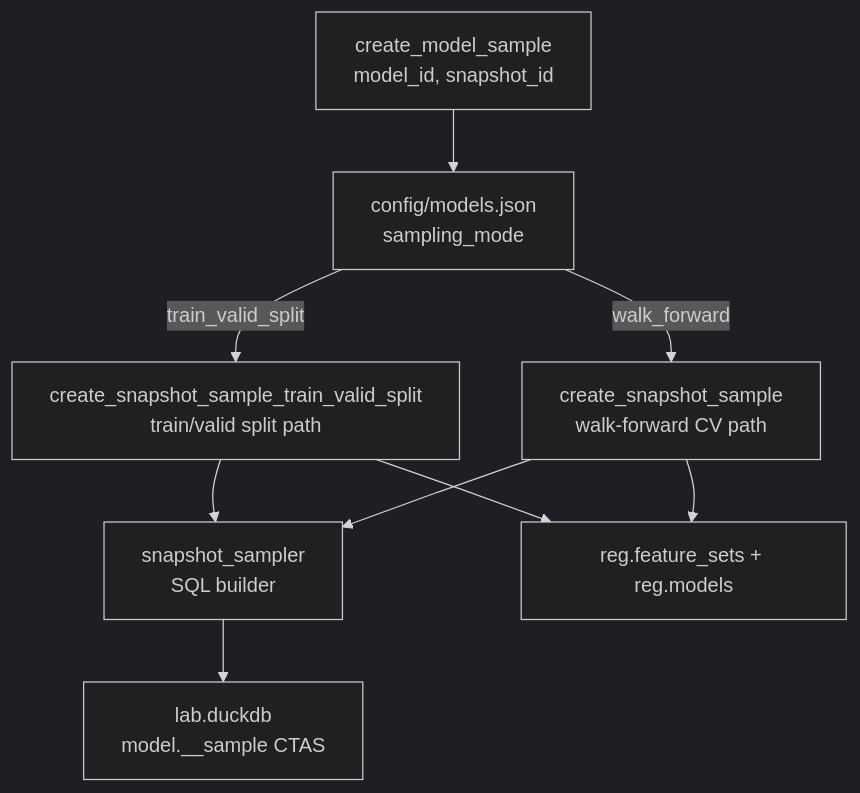
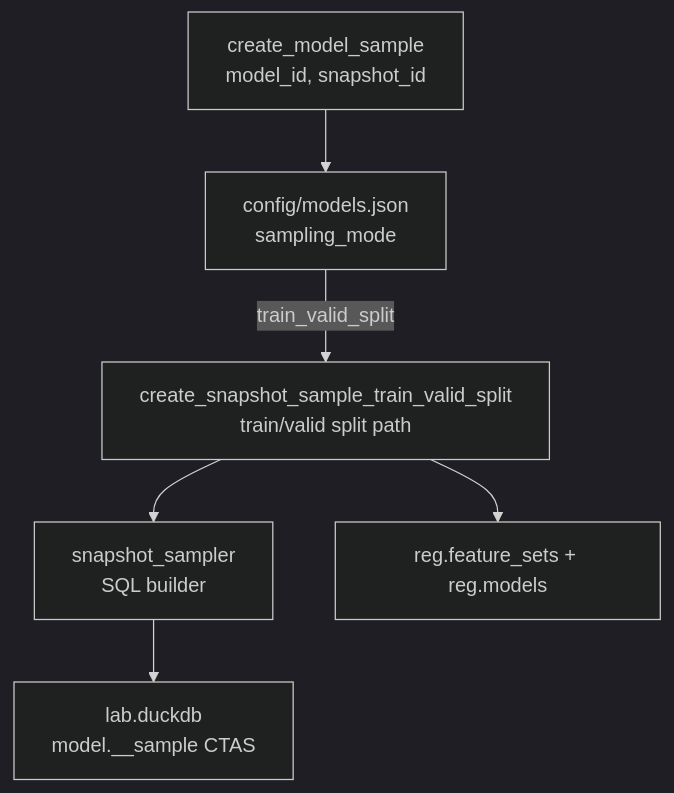
The first of 4 diagrams in _doc_/database_and_code_doc/5300_create_sample.md (Nemesis14/chronoquant), drawn with Mermaid (dark theme) before and after one commit. The commit also changed other lines of this file and 1008 other files, not shown here.

````diff
--- a/_doc_/database_and_code_doc/5300_create_sample.md
+++ b/_doc_/database_and_code_doc/5300_create_sample.md
@@ -23,19 +23,15 @@
 ```mermaid
 flowchart TD
   CM[create_model_sample\nmodel_id, snapshot_id]
   CFG[config/models.json\nsampling_mode]
   TV[create_snapshot_sample_train_valid_split\ntrain/valid split path]
-  WF[create_snapshot_sample\nwalk-forward CV path]
   SNAPS[snapshot_sampler\nSQL builder]
   DB["lab.duckdb\nmodel.__sample CTAS"]
   REG[reg.feature_sets + reg.models]
 
   CM --> CFG
   CFG -- train_valid_split --> TV
-  CFG -- walk_forward --> WF
   TV --> SNAPS
-  WF --> SNAPS
   SNAPS --> DB
   TV --> REG
-  WF --> REG
 ```
````
